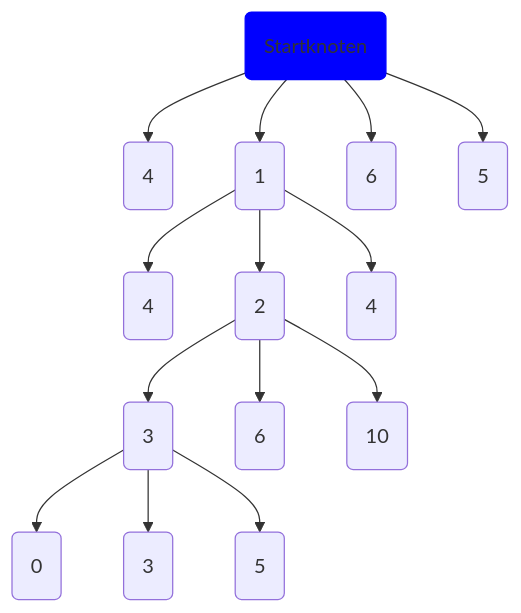
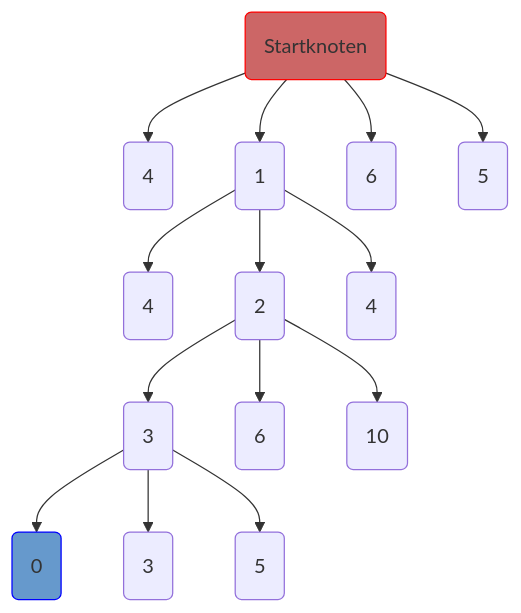
Before and after one commit to scaui0/scaui0.github.io: the fifth of 5 diagrams in docs/solver/ida_star.md, drawn with Mermaid. The commit also changed other lines of this file, not shown here.

Commit message:
Add better colors for diagrams.

````diff
--- a/docs/solver/ida_star.md
+++ b/docs/solver/ida_star.md
@@ -152,17 +152,18 @@
 ```mermaid
 graph TD
     Start(Startknoten) --> A(4)
     Start(Startknoten) --> B(1)
     Start(Startknoten) --> C(6)
     Start(Startknoten) --> D(5)
     B --> BA(4)
     B --> BB(2)
     B --> BC(4)
     BB --> BBA(3)
     BB --> BBB(6)
     BB --> BBC(10)
     BBA --> BBAA(0)
     BBA --> BBAB(3)
     BBA --> BBAC(5)
-    style Start stroke: blue, fill: blue
+    style Start stroke: red, fill: #CC6666
+    style BBAA stroke: blue, fill: #6699CC
 ```
````
